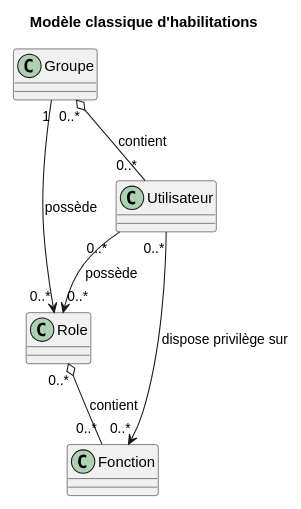
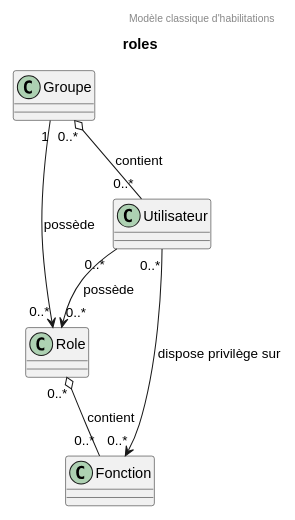
Before and after one commit to bflorat/modele-da: the diagram in diagrams/roles.puml, drawn with PlantUML. The commit also changed 11 other files, not shown here.

Commit message:
fix: correction schemas manquants

```diff
--- a/diagrams/roles.puml
+++ b/diagrams/roles.puml
@@ -1,11 +1,11 @@
 @startuml
-title Modèle classique d'habilitations
+title roles
+header Modèle classique d'habilitations
 skinparam defaultFontName Liberation Sans
 scale 500*400
 Role "0..*"  o-- "0..*" Fonction: "contient"
 Groupe "0..*" o-- "0..*" Utilisateur : "contient"
 Utilisateur "0..*" --> "0..*" Role : "possède"
 Utilisateur "0..*" --> "0..*" Fonction : "dispose privilège sur"
 Groupe "1" -->"0..*" Role : "possède"
-
 @enduml
```
